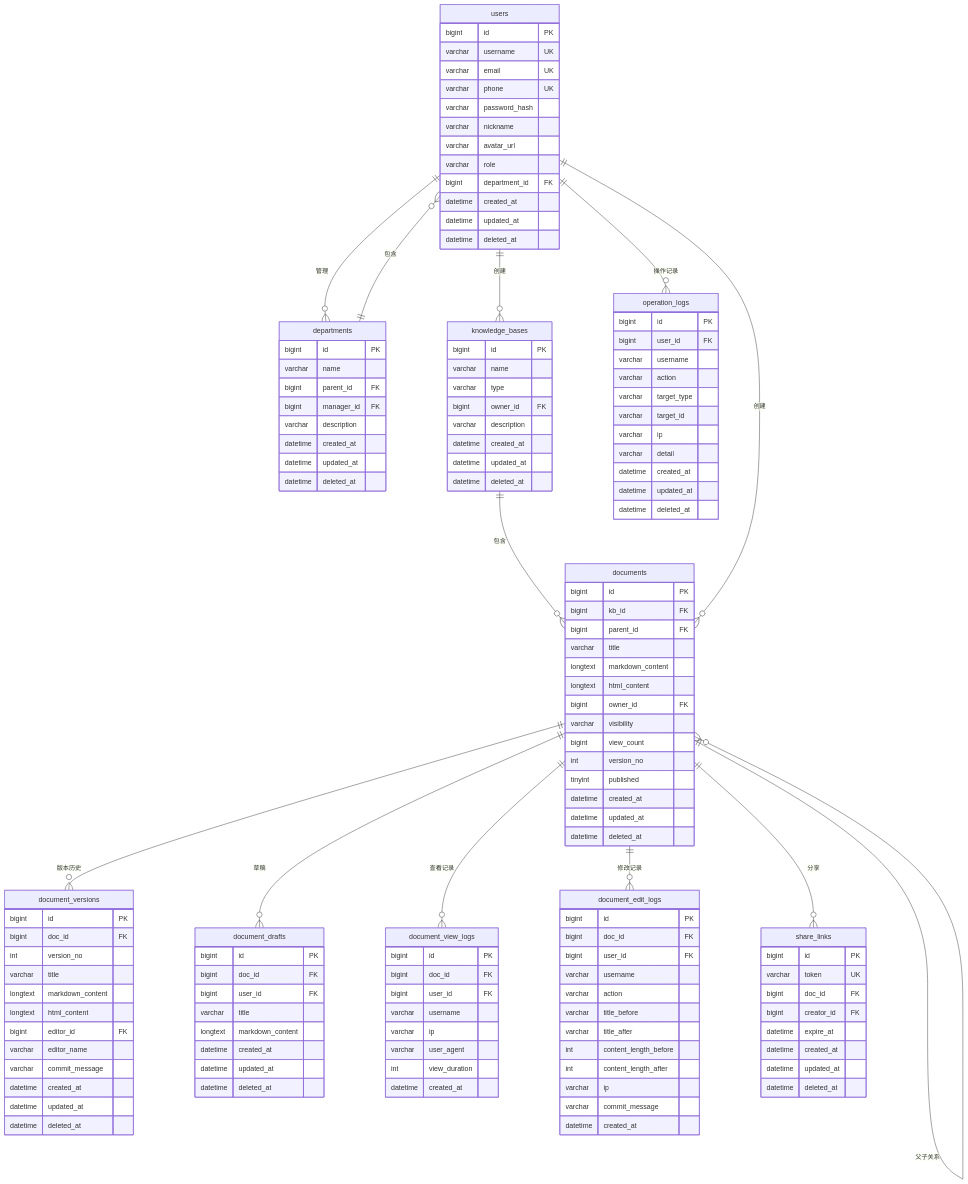
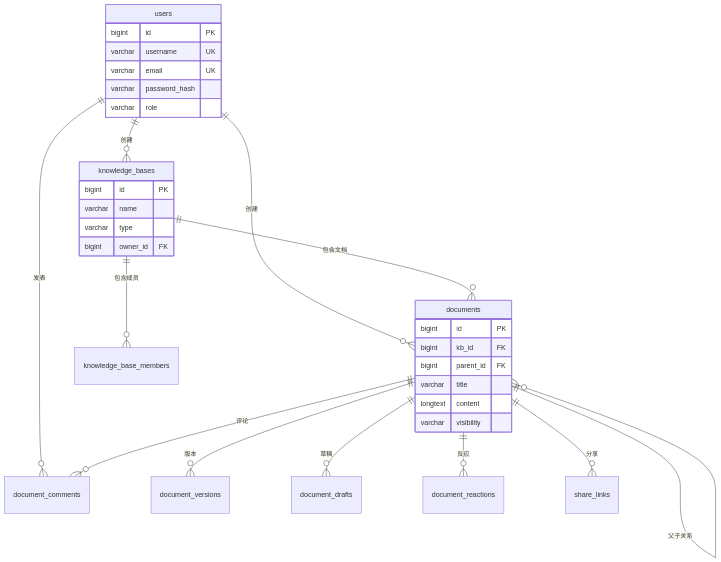
Before and after one commit to WZP358/Wiki: the diagram in docs/数据库设计文档.md, drawn with Mermaid. The commit also changed other lines of this file and 550 other files, not shown here.

````diff
--- a/docs/数据库设计文档.md
+++ b/docs/数据库设计文档.md
@@ -32,42 +302,25 @@
 ```mermaid
 erDiagram
-    users ||--o{ departments : "管理"
-    departments ||--o{ users : "包含"
     users ||--o{ knowledge_bases : "创建"
-    knowledge_bases ||--o{ documents : "包含"
     users ||--o{ documents : "创建"
+    users ||--o{ document_comments : "发表"
+
+    knowledge_bases ||--o{ knowledge_base_members : "包含成员"
+    knowledge_bases ||--o{ documents : "包含文档"
+
     documents ||--o{ documents : "父子关系"
-    documents ||--o{ document_versions : "版本历史"
+    documents ||--o{ document_versions : "版本"
     documents ||--o{ document_drafts : "草稿"
-    documents ||--o{ document_view_logs : "查看记录"
-    documents ||--o{ document_edit_logs : "修改记录"
+    documents ||--o{ document_comments : "评论"
+    documents ||--o{ document_reactions : "反应"
     documents ||--o{ share_links : "分享"
-    users ||--o{ operation_logs : "操作记录"
 
     users {
         bigint id PK
         varchar username UK
         varchar email UK
-        varchar phone UK
         varchar password_hash
-        varchar nickname
-        varchar avatar_url
         varchar role
-        bigint department_id FK
-        datetime created_at
-        datetime updated_at
-        datetime deleted_at
-    }
-
-    departments {
-        bigint id PK
-        varchar name
-        bigint parent_id FK
-        bigint manager_id FK
-        varchar description
-        datetime created_at
-        datetime updated_at
-        datetime deleted_at
     }
 
     knowledge_bases {
@@ -75,10 +328,6 @@
         varchar name
         varchar type
         bigint owner_id FK
-        varchar description
-        datetime created_at
-        datetime updated_at
-        datetime deleted_at
     }
 
     documents {
@@ -86,92 +335,7 @@
         bigint kb_id FK
         bigint parent_id FK
         varchar title
-        longtext markdown_content
-        longtext html_content
-        bigint owner_id FK
+        longtext content
         varchar visibility
-        bigint view_count
-        int version_no
-        tinyint published
-        datetime created_at
-        datetime updated_at
-        datetime deleted_at
-    }
-
-    document_versions {
-        bigint id PK
-        bigint doc_id FK
-        int version_no
-        varchar title
-        longtext markdown_content
-        longtext html_content
-        bigint editor_id FK
-        varchar editor_name
-        varchar commit_message
-        datetime created_at
-        datetime updated_at
-        datetime deleted_at
-    }
-
-    document_view_logs {
-        bigint id PK
-        bigint doc_id FK
-        bigint user_id FK
-        varchar username
-        varchar ip
-        varchar user_agent
-        int view_duration
-        datetime created_at
-    }
-
-    document_edit_logs {
-        bigint id PK
-        bigint doc_id FK
-        bigint user_id FK
-        varchar username
-        varchar action
-        varchar title_before
-        varchar title_after
-        int content_length_before
-        int content_length_after
-        varchar ip
-        varchar commit_message
-        datetime created_at
-    }
-
-    document_drafts {
-        bigint id PK
-        bigint doc_id FK
-        bigint user_id FK
-        varchar title
-        longtext markdown_content
-        datetime created_at
-        datetime updated_at
-        datetime deleted_at
-    }
-
-    share_links {
-        bigint id PK
-        varchar token UK
-        bigint doc_id FK
-        bigint creator_id FK
-        datetime expire_at
-        datetime created_at
-        datetime updated_at
-        datetime deleted_at
-    }
-
-    operation_logs {
-        bigint id PK
-        bigint user_id FK
-        varchar username
-        varchar action
-        varchar target_type
-        varchar target_id
-        varchar ip
-        varchar detail
-        datetime created_at
-        datetime updated_at
-        datetime deleted_at
     }
 ```
````
